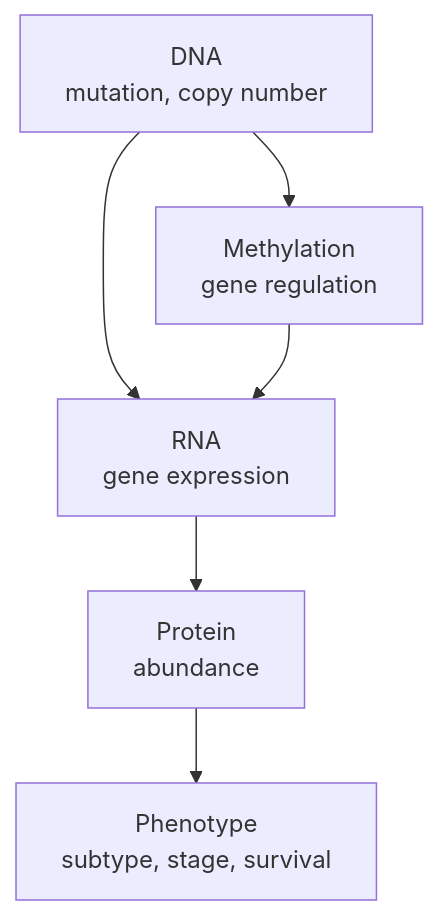
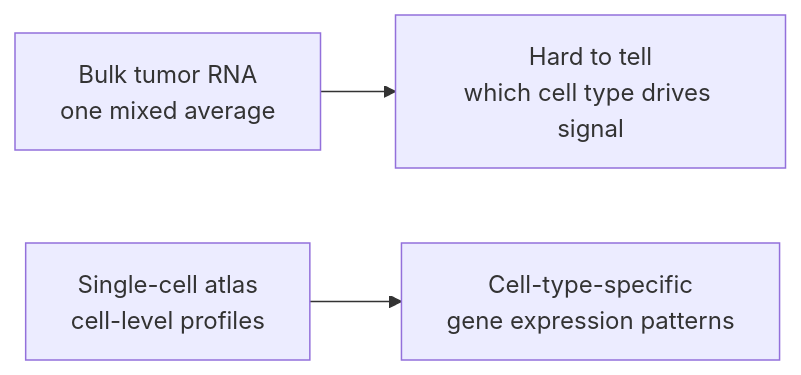
Before and after one commit to Caffeinated-Code/oncoomics-agent: the first of 2 diagrams in docs/biology-primer.md, drawn with Mermaid. The commit also changed other lines of this file and 7 other files, not shown here.

````diff
--- a/docs/biology-primer.md
+++ b/docs/biology-primer.md
@@ -41,8 +18,5 @@
 ```mermaid
-flowchart TB
-    DNA["DNA<br/>mutation, copy number"] --> RNA["RNA<br/>gene expression"]
-    RNA --> Protein["Protein<br/>abundance"]
-    Protein --> Phenotype["Phenotype<br/>subtype, stage, survival"]
-    DNA --> Methylation["Methylation<br/>gene regulation"]
-    Methylation --> RNA
+flowchart LR
+    Bulk["Bulk tumor RNA<br/>one mixed average"] --> Hidden["Hard to tell<br/>which cell type drives signal"]
+    SingleCell["Single-cell atlas<br/>cell-level profiles"] --> Clear["Cell-type-specific<br/>gene expression patterns"]
 ```
````
